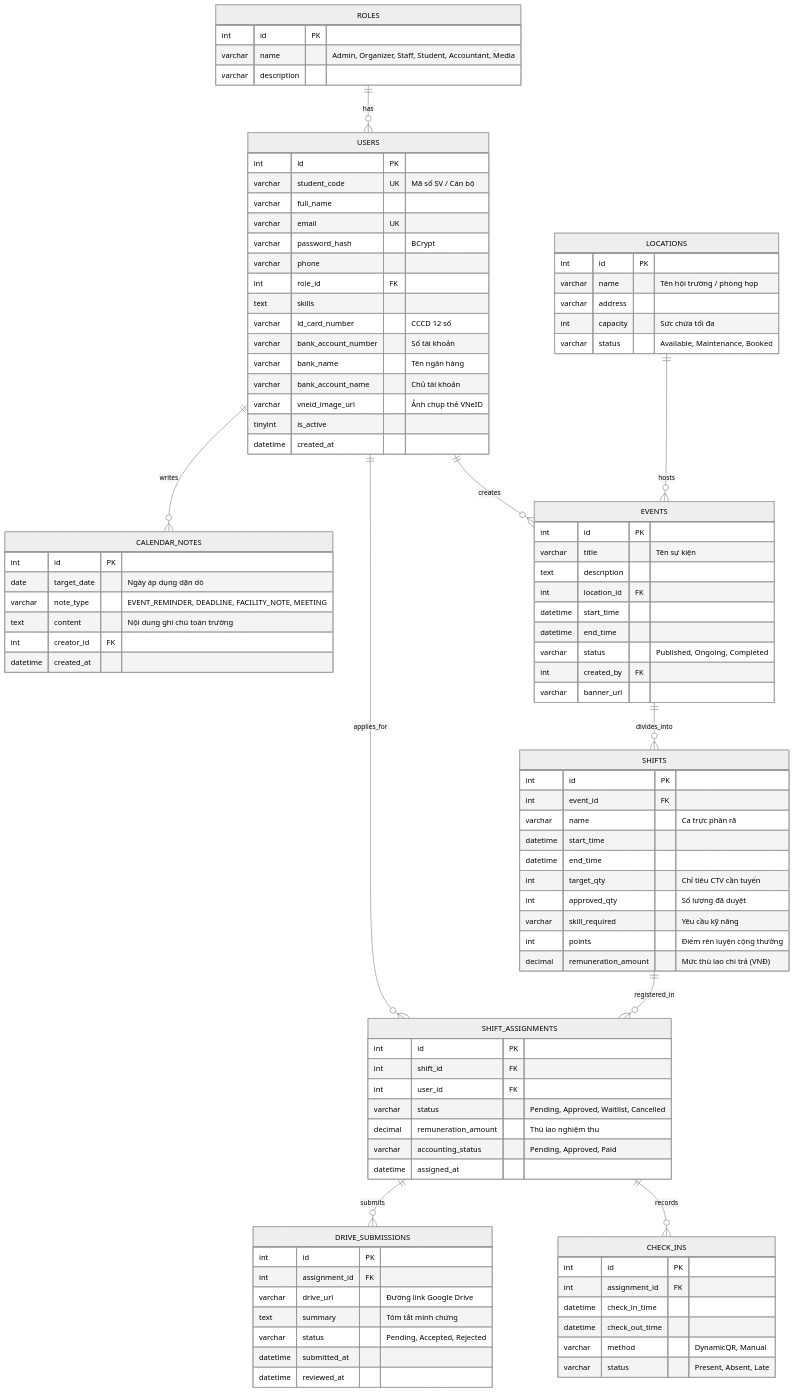
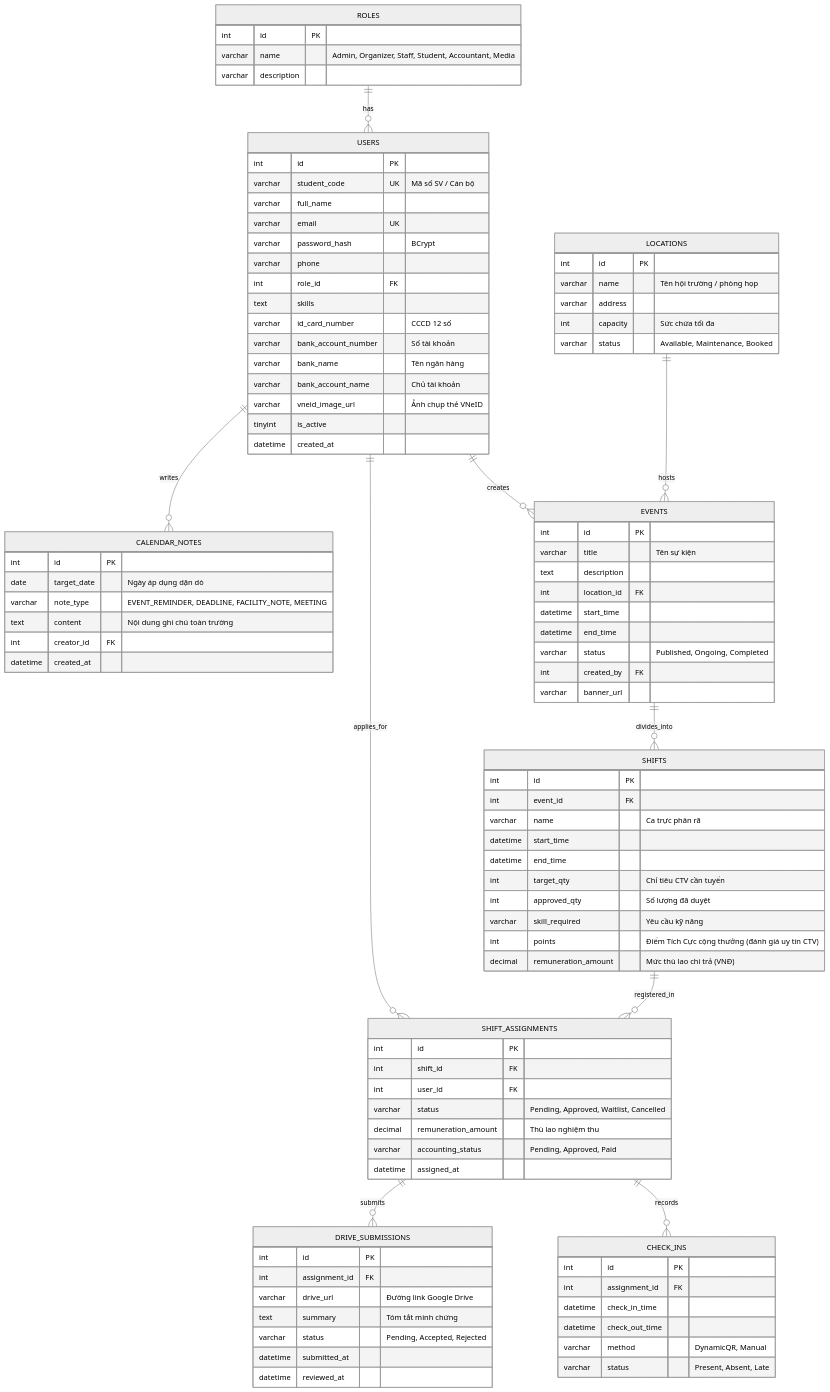
Before and after one commit to dddinhanh/polymee: the third of 3 diagrams in README.md, drawn with Mermaid (neutral theme). The commit also changed other lines of this file and 4 other files, not shown here.

```diff
--- a/README.md
+++ b/README.md
@@ -294,7 +294,7 @@
         int target_qty "Chỉ tiêu CTV cần tuyển"
         int approved_qty "Số lượng đã duyệt"
         varchar skill_required "Yêu cầu kỹ năng"
-        int points "Điểm rèn luyện cộng thưởng"
+        int points "Điểm Tích Cực cộng thưởng (đánh giá uy tín CTV)"
         decimal remuneration_amount "Mức thù lao chi trả (VNĐ)"
     }
 
```
